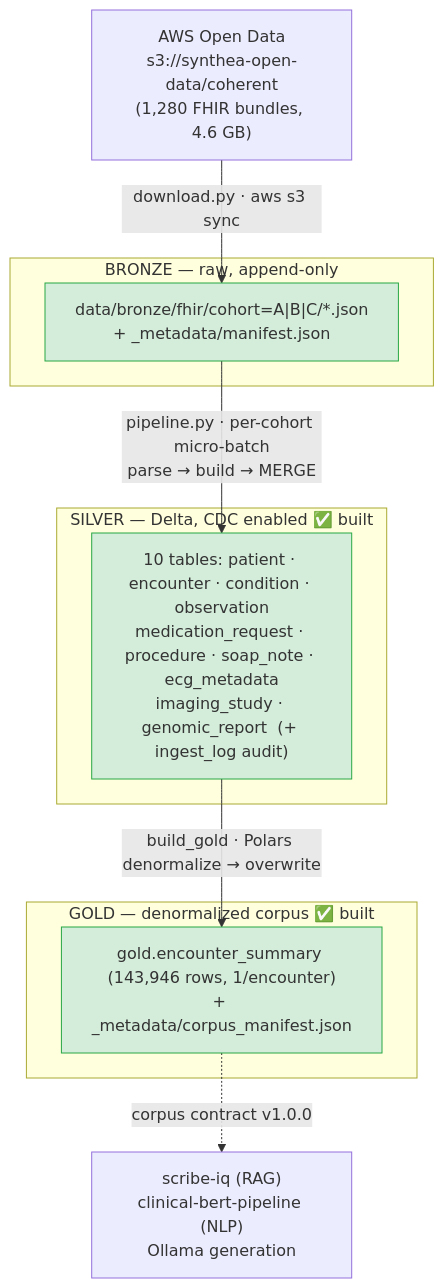
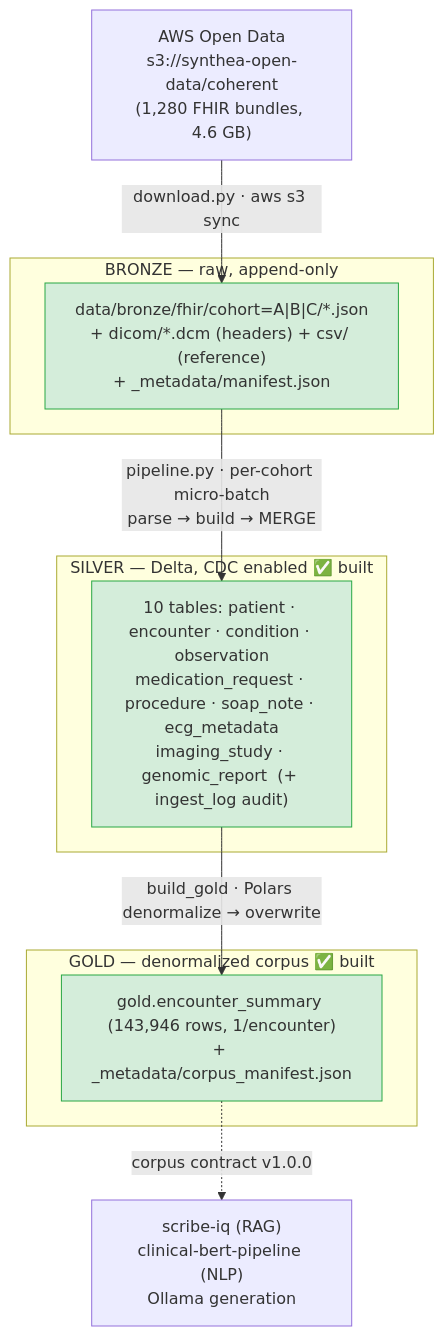
Before and after one commit to sandeep-jay/scribe-iq-lakehouse: the diagram in docs/ARCHITECTURE.md, drawn with Mermaid. The commit also changed other lines of this file and 12 other files, not shown here.

````diff
--- a/docs/ARCHITECTURE.md
+++ b/docs/ARCHITECTURE.md
@@ -16,25 +16,25 @@
 ```mermaid
 flowchart TD
     S3["AWS Open Data<br/>s3://synthea-open-data/coherent<br/>(1,280 FHIR bundles, 4.6 GB)"]
 
     subgraph BRONZE["BRONZE — raw, append-only"]
-        B["data/bronze/fhir/cohort=A|B|C/*.json<br/>+ _metadata/manifest.json"]
+        B["data/bronze/fhir/cohort=A|B|C/*.json<br/>+ dicom/*.dcm (headers) + csv/ (reference)<br/>+ _metadata/manifest.json"]
     end
 
     subgraph SILVER["SILVER — Delta, CDC enabled ✅ built"]
         ST["10 tables: patient · encounter · condition · observation<br/>medication_request · procedure · soap_note · ecg_metadata<br/>imaging_study · genomic_report  (+ ingest_log audit)"]
     end
 
     subgraph GOLD["GOLD — denormalized corpus ✅ built"]
         G["gold.encounter_summary (143,946 rows, 1/encounter)<br/>+ _metadata/corpus_manifest.json"]
     end
 
     S3 -->|"download.py · aws s3 sync"| B
     B -->|"pipeline.py · per-cohort micro-batch<br/>parse → build → MERGE"| ST
     ST -->|"build_gold · Polars denormalize → overwrite"| G
     G -.->|"corpus contract v1.0.0"| DS["scribe-iq (RAG)<br/>clinical-bert-pipeline (NLP)<br/>Ollama generation"]
 
     classDef done fill:#d4edda,stroke:#28a745;
     classDef planned fill:#fff3cd,stroke:#ffc107,stroke-dasharray:4 3;
     class B,ST,G done;
 ```
````
